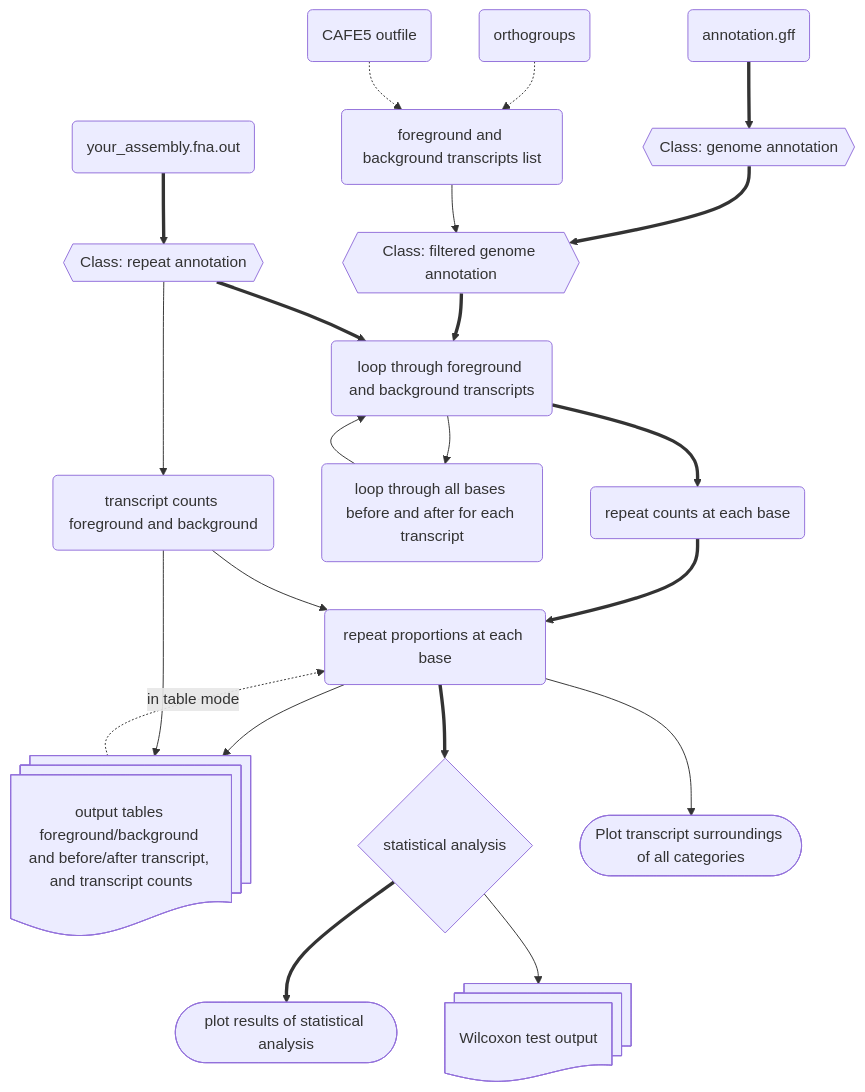
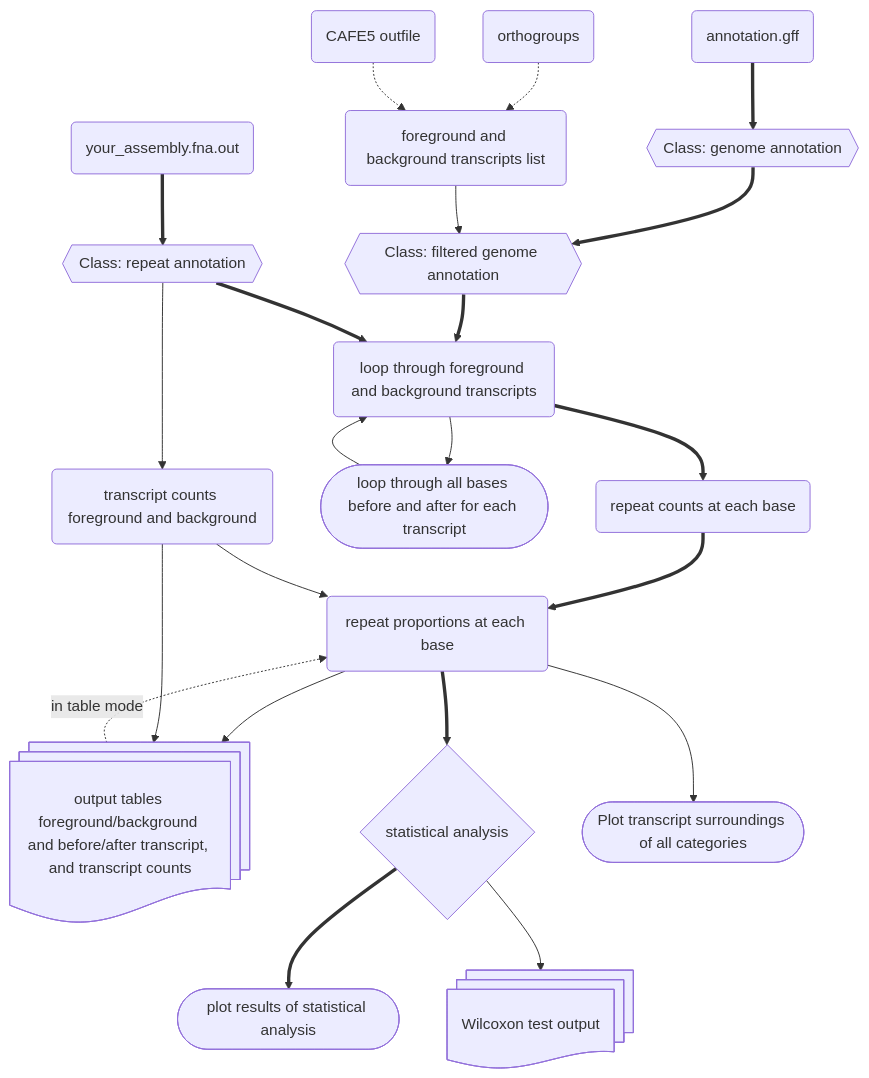
One commit to milena-t/ReVis changed the second of 2 diagrams in README.md. Above: the diagram before and after it, drawn with Mermaid.

Commit message:
moremermaid

````diff
--- a/README.md
+++ b/README.md
@@ -269,40 +269,39 @@
 ```mermaid
 graph TD;
     infile_out(your_assembly.fna.out);
     infile_out ==> rep_annot{{Class: repeat annotation}};
     rep_annot --> tr_count(transcript counts foreground and background);
 
     infile_annot(annotation.gff);
     infile_annot ==> gene_annot{{Class: genome annotation}};
 
     OGs(orthogroups);
     CAFE(CAFE5 outfile);
 
     OGs -.-> tr_list(foreground and background transcripts list);
     CAFE -.-> tr_list
 
     gene_annot ==> filt_gene_annot{{Class: filtered genome annotation}};
     tr_list --> filt_gene_annot
     
     filt_gene_annot ==> loop_tr(loop through foreground and background transcripts);
     rep_annot ==> loop_tr
-    loop_bp(loop through all bases before and after for each transcript);
-    
+    loop_bp([loop through all bases before and after for each transcript]);
     loop_tr --> loop_bp
     loop_bp --> loop_tr
 
     loop_tr ==> rep_counts(repeat counts at each base);
     rep_counts ==> rep_prop(repeat proportions at each base);
     tr_count --> rep_prop
 
     rep_prop --> out_tab@{ shape: docs, label: "output tables foreground/background and before/after transcript, and transcript counts" };
     tr_count --> out_tab
 
     rep_prop ==> stats{statistical analysis};
     rep_prop --> plot_all([Plot transcript surroundings of all categories])
 
     stats ==> stats_out([plot results of statistical analysis]) 
     stats --> stats_tab@{ shape: docs, label: "Wilcoxon test output" };
 
     out_tab -. in table mode .-> rep_prop
 ```   
````
